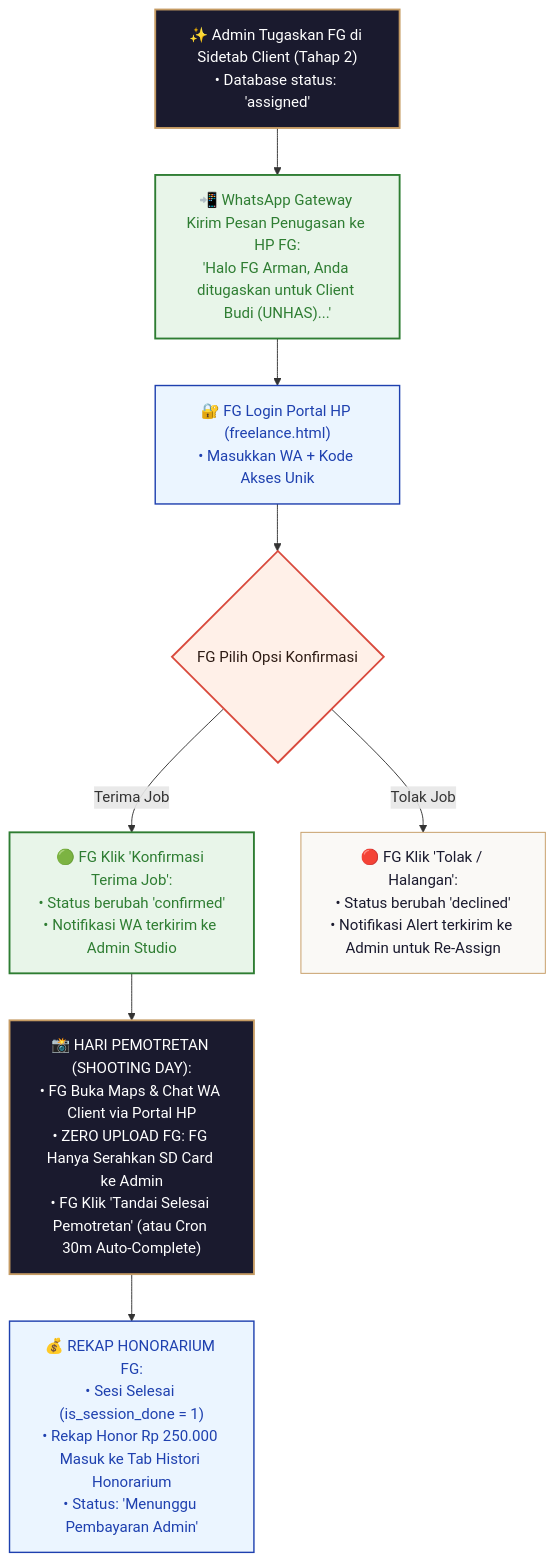
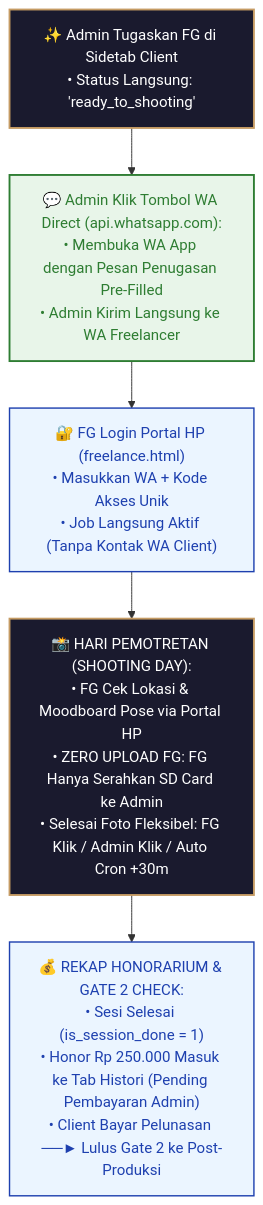
Before and after one commit to armansyam/Wisuda: the diagram in FLOW_SISTEM/FREELANCE_TAHAP2_portal_freelance.md, drawn with Mermaid. The commit also changed other lines of this file and 22 other files, not shown here.

````diff
--- a/FLOW_SISTEM/FREELANCE_TAHAP2_portal_freelance.md
+++ b/FLOW_SISTEM/FREELANCE_TAHAP2_portal_freelance.md
@@ -86,24 +128,19 @@
 ```mermaid
 flowchart TD
     classDef startEnd fill:#1A1A2E,stroke:#C59B63,stroke-width:2px,color:#FFF;
     classDef process fill:#FAF9F6,stroke:#C59B63,stroke-width:1px,color:#1A1A2E;
-    classDef decision fill:#FFF0E8,stroke:#D94A3D,stroke-width:2px,color:#2D1B14;
     classDef subStage fill:#EBF5FF,stroke:#1E40AF,stroke-width:1.5px,color:#1E40AF;
     classDef gate fill:#E8F5E9,stroke:#2E7D32,stroke-width:2px,color:#2E7D32;
 
-    %% STEP 1 & 2: ASSIGNMENT & NOTIFICATION
-    Assign["✨ Admin Tugaskan FG di Sidetab Client (Tahap 2)\n• Database status: 'assigned'"]:::startEnd --> WANotif["📲 WhatsApp Gateway Kirim Pesan Penugasan ke HP FG:\n'Halo FG Arman, Anda ditugaskan untuk Client Budi (UNHAS)...'"]:::gate
+    %% STEP 1 & 2: DIRECT ASSIGNMENT & DIRECT WA LINK
+    Assign["✨ Admin Tugaskan FG di Sidetab Client\n• Status Langsung: 'ready_to_shooting'"]:::startEnd --> WANotif["💬 Admin Klik Tombol WA Direct (api.whatsapp.com):\n• Membuka WA App dengan Pesan Penugasan Pre-Filled\n• Admin Kirim Langsung ke WA Freelancer"]:::gate
 
-    %% STEP 3: LOGIN & CONFIRMATION
-    WANotif --> FGLogin["🔐 FG Login Portal HP (freelance.html)\n• Masukkan WA + Kode Akses Unik"]:::subStage
-    FGLogin --> ConfirmCheck{"FG Pilih Opsi Konfirmasi"}:::decision
-
-    ConfirmCheck -->|Terima Job| ConfirmJob["🟢 FG Klik 'Konfirmasi Terima Job':\n• Status berubah 'confirmed'\n• Notifikasi WA terkirim ke Admin Studio"]:::gate
-    ConfirmCheck -->|Tolak Job| DeclineJob["🔴 FG Klik 'Tolak / Halangan':\n• Status berubah 'declined'\n• Notifikasi Alert terkirim ke Admin untuk Re-Assign"]:::process
+    %% STEP 3: LOGIN & VIEW BRIEF
+    WANotif --> FGLogin["🔐 FG Login Portal HP (freelance.html)\n• Masukkan WA + Kode Akses Unik\n• Job Langsung Aktif (Tanpa Kontak WA Client)"]:::subStage
 
     %% STEP 4: SHOOTING DAY & ZERO UPLOAD
-    ConfirmJob --> ShootingDay["📸 HARI PEMOTRETAN (SHOOTING DAY):\n• FG Buka Maps & Chat WA Client via Portal HP\n• ZERO UPLOAD FG: FG Hanya Serahkan SD Card ke Admin\n• FG Klik 'Tandai Selesai Pemotretan' (atau Cron 30m Auto-Complete)"]:::startEnd
+    FGLogin --> ShootingDay["📸 HARI PEMOTRETAN (SHOOTING DAY):\n• FG Cek Lokasi & Moodboard Pose via Portal HP\n• ZERO UPLOAD FG: FG Hanya Serahkan SD Card ke Admin\n• Selesai Foto Fleksibel: FG Klik / Admin Klik / Auto Cron +30m"]:::startEnd
 
-    %% STEP 5: PAYOUT RECAP
-    ShootingDay --> PayoutRecap["💰 REKAP HONORARIUM FG:\n• Sesi Selesai (is_session_done = 1)\n• Rekap Honor Rp 250.000 Masuk ke Tab Histori Honorarium\n• Status: 'Menunggu Pembayaran Admin'"]:::subStage
+    %% STEP 5: PAYOUT RECAP & GATE 2
+    ShootingDay --> PayoutRecap["💰 REKAP HONORARIUM & GATE 2 CHECK:\n• Sesi Selesai (is_session_done = 1)\n• Honor Rp 250.000 Masuk ke Tab Histori (Pending Pembayaran Admin)\n• Client Bayar Pelunasan ──► Lulus Gate 2 ke Post-Produksi"]:::subStage
 ```
````
